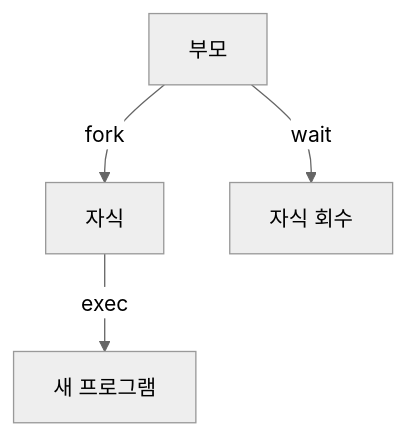
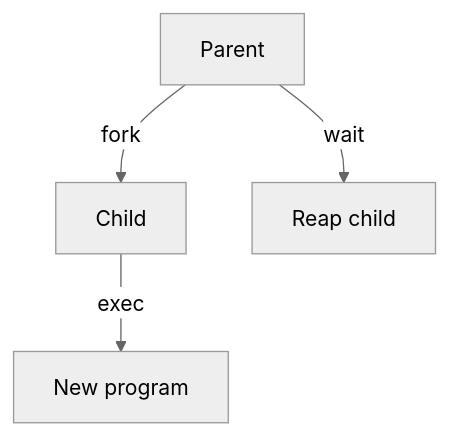
Before and after one commit to Choroning/26Spring_Operating-Systems: the fourth of 7 diagrams in W02_Process-1/Concepts-Lab.md, drawn with Mermaid (neutral theme). The commit also changed other lines of this file and 22 other files, not shown here.

````diff
--- a/W02_Process-1/Concepts-Lab.md
+++ b/W02_Process-1/Concepts-Lab.md
@@ -105,6 +105,6 @@
 ```mermaid
 graph TD
-    P["부모"] -->|fork| C["자식"]
-    C -->|exec| N["새 프로그램"]
-    P -->|wait| W["자식 회수"]
+    P["Parent"] -->|fork| C["Child"]
+    C -->|exec| N["New program"]
+    P -->|wait| W["Reap child"]
 ```
````
